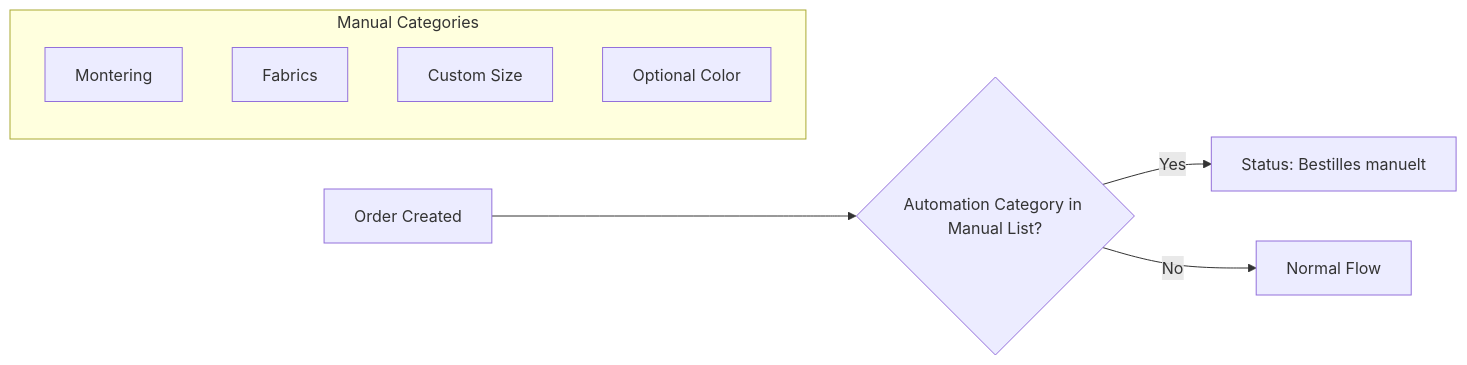
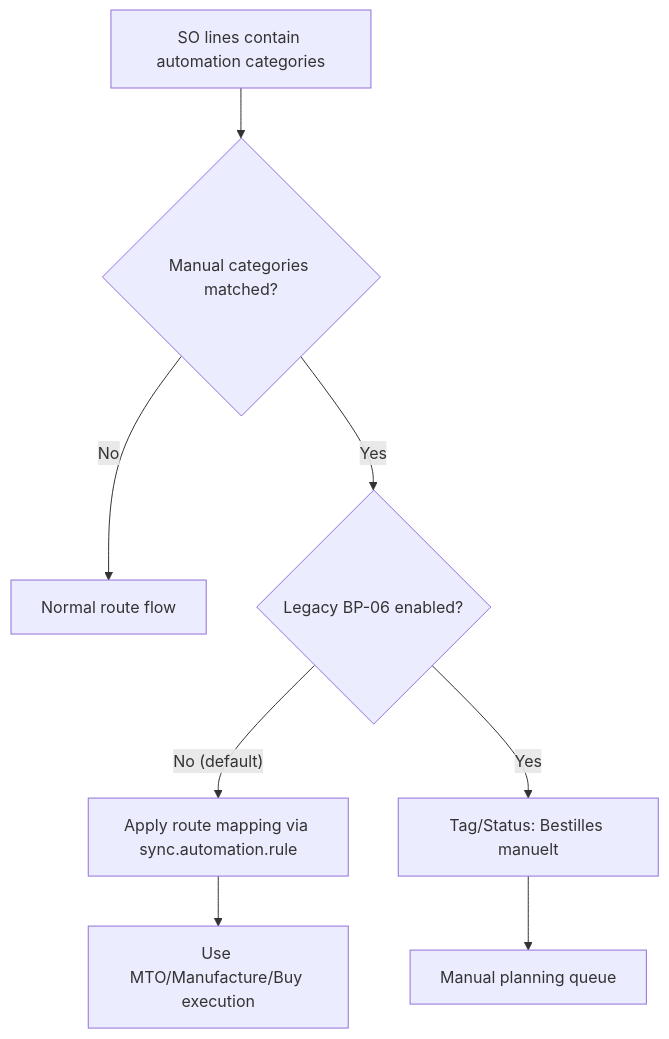
The sixth of 15 diagrams in bp-automations.md (ozan-droid/documents), drawn with Mermaid before and after one commit. The commit also changed other lines of this file, not shown here.

````diff
--- a/bp-automations.md
+++ b/bp-automations.md
@@ -129,13 +155,10 @@
 ```mermaid
-graph LR
-    A["Order Created"] --> B{"Automation Category in Manual List?"}
-    B -- Yes --> C["Status: Bestilles manuelt"]
-    B -- No --> D["Normal Flow"]
-    
-    subgraph "Manual Categories"
-    M1["Montering"]
-    M2["Fabrics"]
-    M3["Custom Size"]
-    M4["Optional Color"]
-    end
+graph TD
+    A["SO lines contain automation categories"] --> B{"Manual categories matched?"}
+    B -- No --> C["Normal route flow"]
+    B -- Yes --> D{"Legacy BP-06 enabled?"}
+    D -- No (default) --> E["Apply route mapping via sync.automation.rule"]
+    E --> F["Use MTO/Manufacture/Buy execution"]
+    D -- Yes --> G["Tag/Status: Bestilles manuelt"]
+    G --> H["Manual planning queue"]
 ```
````
